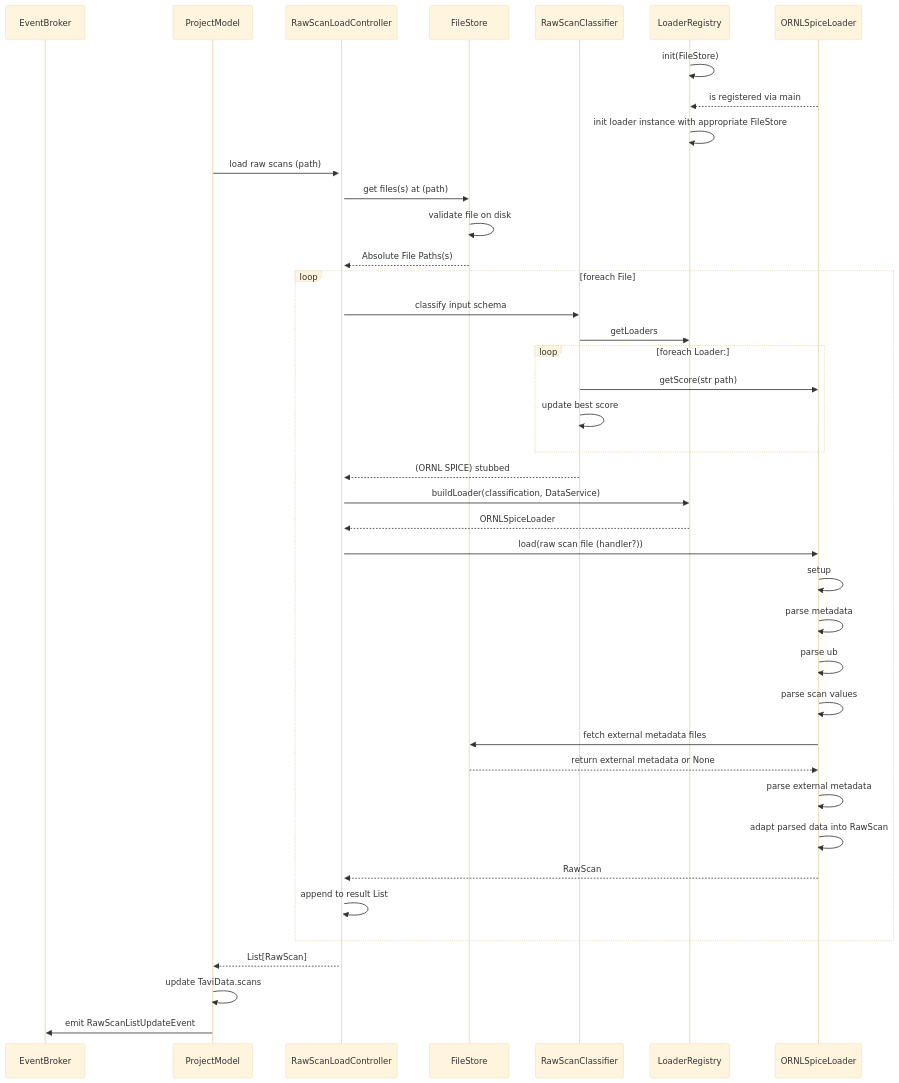
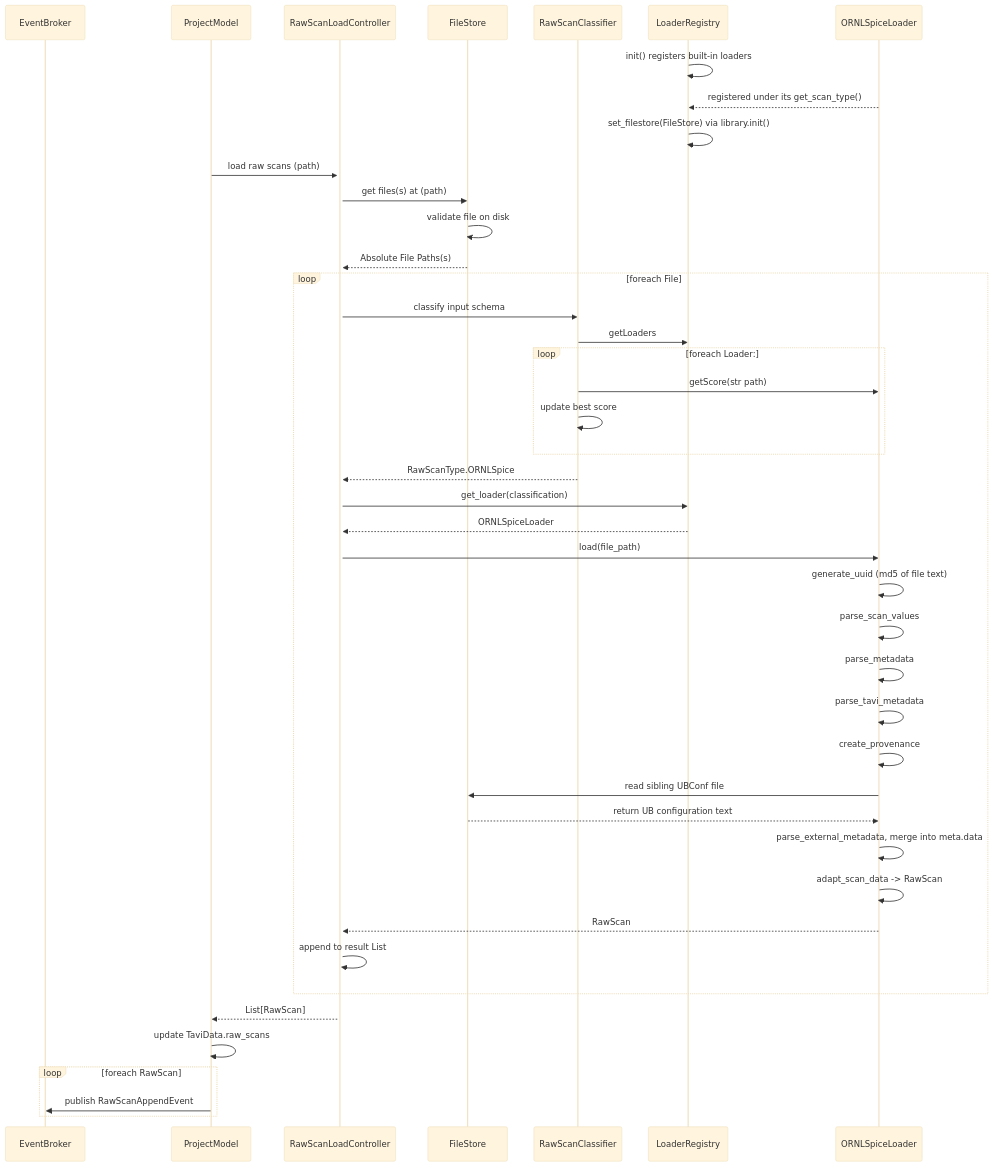
The first of 3 diagrams in docs/source/design/load/raw_scan_sequence_diagrams.rst (neutrons/TAVI), drawn with Mermaid (base theme) before and after one commit. The commit also changed other lines of this file and 29 other files, not shown here.

```diff
--- a/docs/source/design/load/raw_scan_sequence_diagrams.rst
+++ b/docs/source/design/load/raw_scan_sequence_diagrams.rst
@@ -7,44 +7,47 @@
 .. mermaid::
 
     sequenceDiagram
         participant EventBroker
         participant ProjectModel
         participant RawScanLoadController
         participant FileStore
         participant RawScanClassifier
         participant LoaderRegistry
         participant ORNLSpiceLoader
-        LoaderRegistry ->> LoaderRegistry: init(FileStore)
-        ORNLSpiceLoader -->> LoaderRegistry: is registered via main
-        LoaderRegistry ->> LoaderRegistry: init loader instance with appropriate FileStore
+        LoaderRegistry ->> LoaderRegistry: init() registers built-in loaders
+        ORNLSpiceLoader -->> LoaderRegistry: registered under its get_scan_type()
+        LoaderRegistry ->> LoaderRegistry: set_filestore(FileStore) via library.init()
         ProjectModel ->>+RawScanLoadController: load raw scans (path)
         RawScanLoadController ->>FileStore: get files(s) at (path)
         FileStore ->>FileStore: validate file on disk
         FileStore -->> RawScanLoadController: Absolute File Paths(s)
         loop foreach File
             RawScanLoadController ->> RawScanClassifier: classify input schema
             RawScanClassifier ->> LoaderRegistry: getLoaders
             loop foreach Loader:
                 RawScanClassifier ->> ORNLSpiceLoader: getScore(str path)
                 RawScanClassifier ->> RawScanClassifier: update best score
             end
-            RawScanClassifier -->> RawScanLoadController: (ORNL SPICE) stubbed
+            RawScanClassifier -->> RawScanLoadController: RawScanType.ORNLSpice
 
-            RawScanLoadController ->> LoaderRegistry: buildLoader(classification, DataService)
+            RawScanLoadController ->> LoaderRegistry: get_loader(classification)
             LoaderRegistry -->> RawScanLoadController: ORNLSpiceLoader
-            RawScanLoadController ->> ORNLSpiceLoader: load(raw scan file (handler?))
+            RawScanLoadController ->> ORNLSpiceLoader: load(file_path)
 
-            ORNLSpiceLoader ->> ORNLSpiceLoader: setup
-            ORNLSpiceLoader ->> ORNLSpiceLoader: parse metadata
-            ORNLSpiceLoader ->> ORNLSpiceLoader: parse ub
-            ORNLSpiceLoader ->> ORNLSpiceLoader: parse scan values
-            ORNLSpiceLoader ->> FileStore: fetch external metadata files
-            FileStore -->> ORNLSpiceLoader: return external metadata or None
-            ORNLSpiceLoader ->> ORNLSpiceLoader: parse external metadata
-            ORNLSpiceLoader ->> ORNLSpiceLoader: adapt parsed data into RawScan
+            ORNLSpiceLoader ->> ORNLSpiceLoader: generate_uuid (md5 of file text)
+            ORNLSpiceLoader ->> ORNLSpiceLoader: parse_scan_values
+            ORNLSpiceLoader ->> ORNLSpiceLoader: parse_metadata
+            ORNLSpiceLoader ->> ORNLSpiceLoader: parse_tavi_metadata
+            ORNLSpiceLoader ->> ORNLSpiceLoader: create_provenance
+            ORNLSpiceLoader ->> FileStore: read sibling UBConf file
+            FileStore -->> ORNLSpiceLoader: return UB configuration text
+            ORNLSpiceLoader ->> ORNLSpiceLoader: parse_external_metadata, merge into meta.data
+            ORNLSpiceLoader ->> ORNLSpiceLoader: adapt_scan_data -> RawScan
             ORNLSpiceLoader -->> RawScanLoadController: RawScan
             RawScanLoadController ->>RawScanLoadController: append to result List
         end
         RawScanLoadController -->>ProjectModel: List[RawScan]
-        ProjectModel ->> ProjectModel : update TaviData.scans
-        ProjectModel ->> EventBroker : emit RawScanListUpdateEvent
+        ProjectModel ->> ProjectModel : update TaviData.raw_scans
+        loop foreach RawScan
+            ProjectModel ->> EventBroker : publish RawScanAppendEvent
+        end
```
